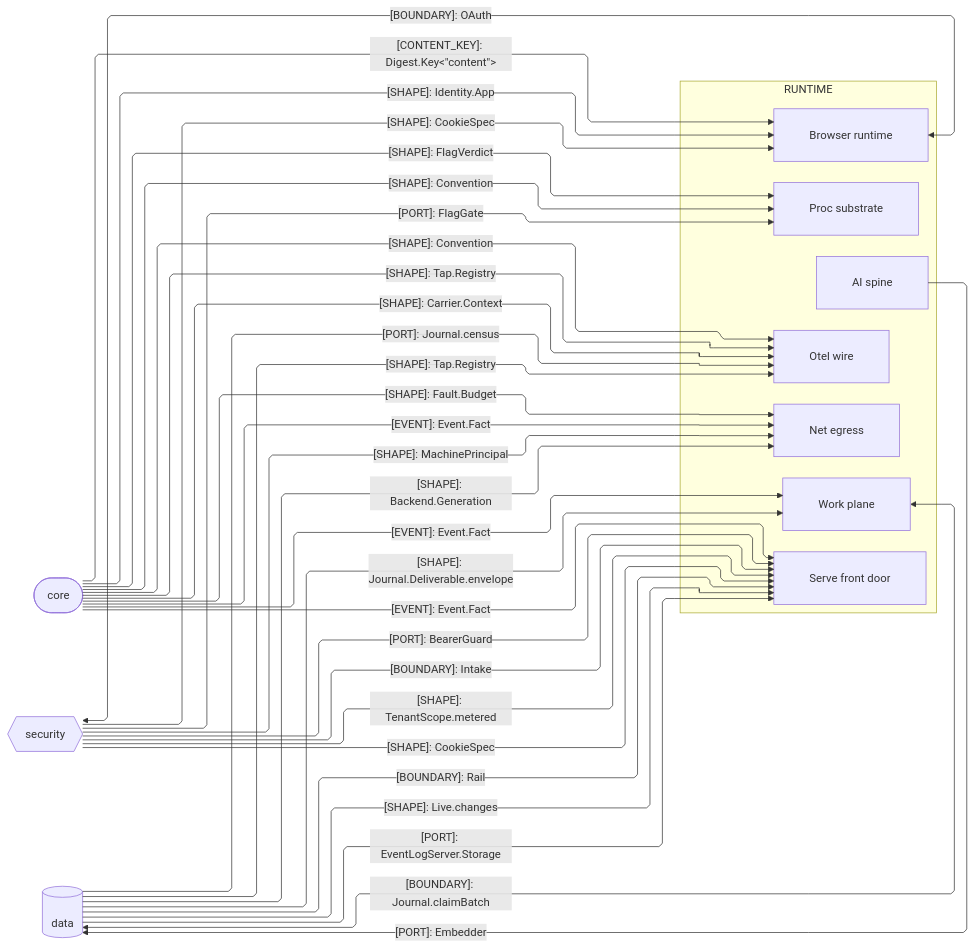
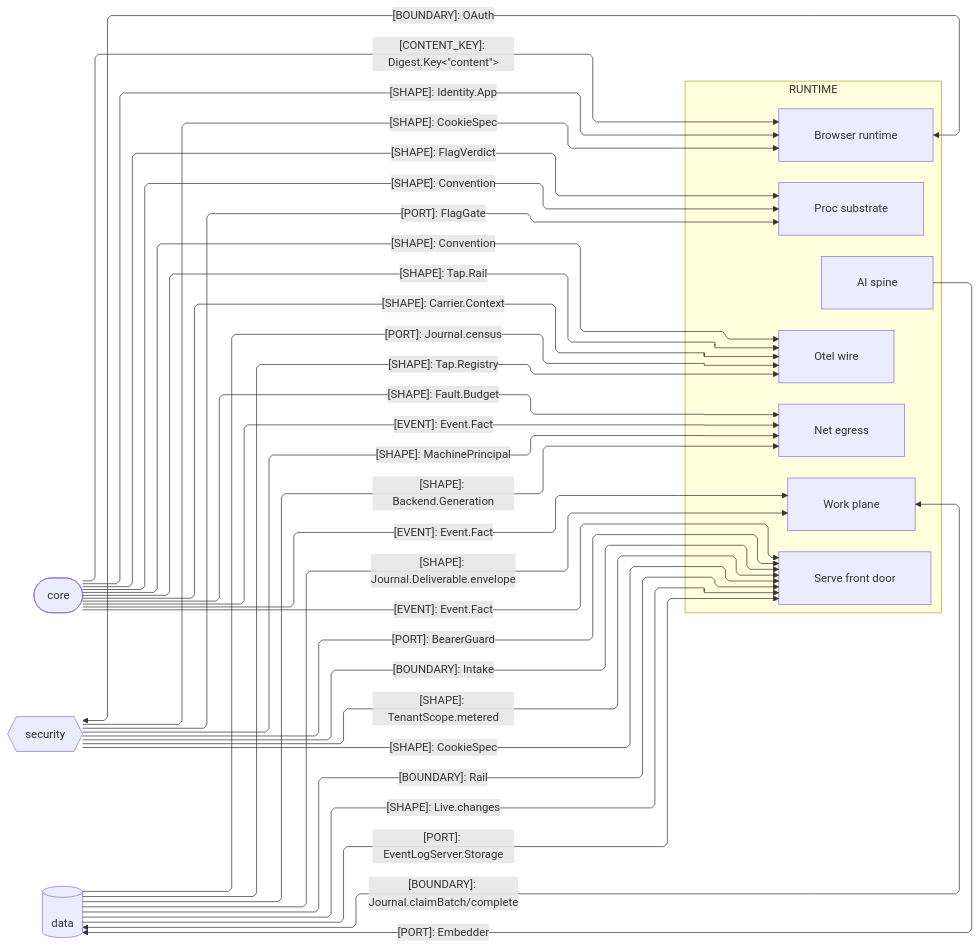
One commit to bsamiee/Rasm changed the second of 4 diagrams in libs/typescript/runtime/ARCHITECTURE.md. Above: the diagram before and after it, drawn with Mermaid. The commit also changed other lines of this file and 272 other files, not shown here.

````diff
--- a/libs/typescript/runtime/ARCHITECTURE.md
+++ b/libs/typescript/runtime/ARCHITECTURE.md
@@ -119,52 +119,52 @@
 ```mermaid
 ---
 config:
   layout: elk
   flowchart:
     curve: linear
     padding: 25
 ---
 flowchart LR
     accTitle: Runtime domain-peer seam registry
     accDescr: Runtime owners exchanging flag, budget, convention, identity, custody, and tap shapes with the core, security, and data peers.
     subgraph runtime[RUNTIME]
         Proc[Proc substrate]
         Net[Net egress]
         Otel[Otel wire]
         Browser[Browser runtime]
         Serve[Serve front door]
         Work[Work plane]
         Ai[AI spine]
     end
     Core([core])
     Security{{security}}
     Data[(data)]
     Core e1@-->|"[SHAPE]: FlagVerdict"| Proc
     Core e2@-->|"[SHAPE]: Fault.Budget"| Net
     Core e3@-->|"[SHAPE]: Convention"| Otel
     Core e4@-->|"[CONTENT_KEY]: Digest.Key&lt;&quot;content&quot;&gt;"| Browser
     Core e14@-->|"[SHAPE]: Identity.App"| Browser
     Security e5@-->|"[SHAPE]: CookieSpec"| Browser
     Browser e6@<-->|"[BOUNDARY]: OAuth"| Security
     Security e7@-->|"[PORT]: BearerGuard"| Serve
     Security e8@-->|"[BOUNDARY]: Intake"| Serve
     Security e13@-->|"[PORT]: FlagGate"| Proc
     Data e9@-->|"[BOUNDARY]: Rail"| Serve
     Data e10@-->|"[SHAPE]: Live.changes"| Serve
-    Work e11@<-->|"[BOUNDARY]: Journal.claimBatch"| Data
+    Work e11@<-->|"[BOUNDARY]: Journal.claimBatch/complete"| Data
     Ai e12@-->|"[PORT]: Embedder"| Data
     Data e15@-->|"[PORT]: Journal.census"| Otel
     Security e16@-->|"[SHAPE]: TenantScope.metered"| Serve
-    Core e17@-->|"[SHAPE]: Tap.Registry"| Otel
+    Core e17@-->|"[SHAPE]: Tap.Rail"| Otel
     Data e18@-->|"[SHAPE]: Tap.Registry"| Otel
     Data e20@-->|"[SHAPE]: Journal.Deliverable.envelope"| Work
     Core e21@-->|"[SHAPE]: Carrier.Context"| Otel
     Data e22@-->|"[SHAPE]: Backend.Generation"| Net
     Core e23@-->|"[SHAPE]: Convention"| Proc
     Core e24@-->|"[EVENT]: Event.Fact"| Net
     Core e25@-->|"[EVENT]: Event.Fact"| Serve
     Core e26@-->|"[EVENT]: Event.Fact"| Work
     Security e27@-->|"[SHAPE]: CookieSpec"| Serve
     Security e28@-->|"[SHAPE]: MachinePrincipal"| Net
     Data e19@-->|"[PORT]: EventLogServer.Storage"| Serve
 ```
````
